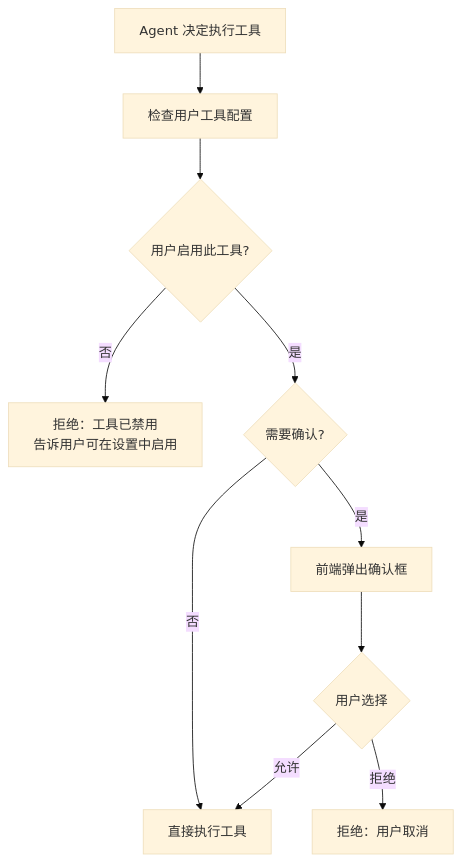
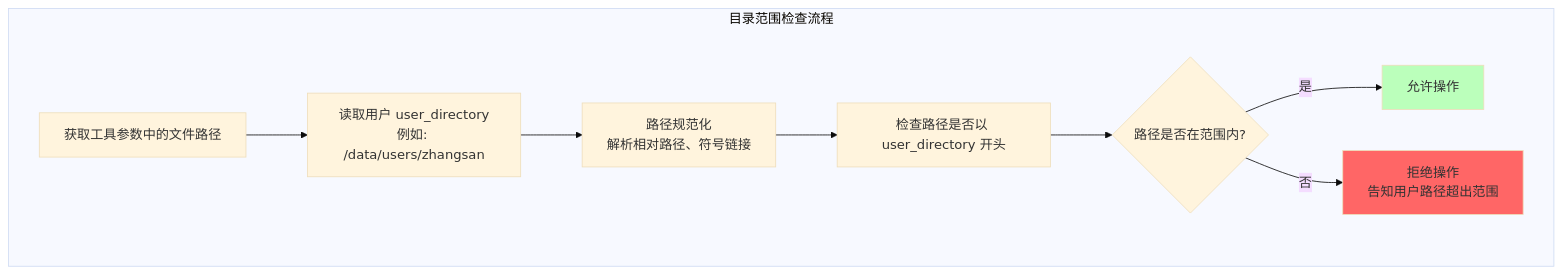
Before and after one commit to xiaocaipi/mm-doc: diagram 27 of 45 in agent/agent_project_design_1.md, drawn with Mermaid (base theme). The commit also changed other lines of this file, not shown here.

````diff
--- a/agent/agent_project_design_1.md
+++ b/agent/agent_project_design_1.md
@@ -1367,15 +1453,19 @@
 ```mermaid
-flowchart TD
-    AGENT["Agent 决定执行工具"] --> CHECK["检查用户工具配置"]
+flowchart TB
+    subgraph CHECK_FLOW["目录范围检查流程"]
+        C1["获取工具参数中的文件路径"]
+        C2["读取用户 user_directory<br/>例如: /data/users/zhangsan"]
+        C3["路径规范化<br/>解析相对路径、符号链接"]
+        C4["检查路径是否以 user_directory 开头"]
+        C5{"路径是否在范围内?"}
+        C6["允许操作"]
+        C7["拒绝操作<br/>告知用户路径超出范围"]
+    end
     
-    CHECK --> ENABLED{"用户启用此工具?"}
-    ENABLED -->|"否"| DENY1["拒绝：工具已禁用<br/>告诉用户可在设置中启用"]
-    ENABLED -->|"是"| CONFIRM{"需要确认?"}
+    C1 --> C2 --> C3 --> C4 --> C5
+    C5 -->|"是"| C6
+    C5 -->|"否"| C7
     
-    CONFIRM -->|"否"| EXECUTE["直接执行工具"]
-    CONFIRM -->|"是"| ASK["前端弹出确认框"]
-    
-    ASK --> USER{"用户选择"}
-    USER -->|"允许"| EXECUTE
-    USER -->|"拒绝"| DENY2["拒绝：用户取消"]
+    style C7 fill:#f66
+    style C6 fill:#bfb
 ```
````
